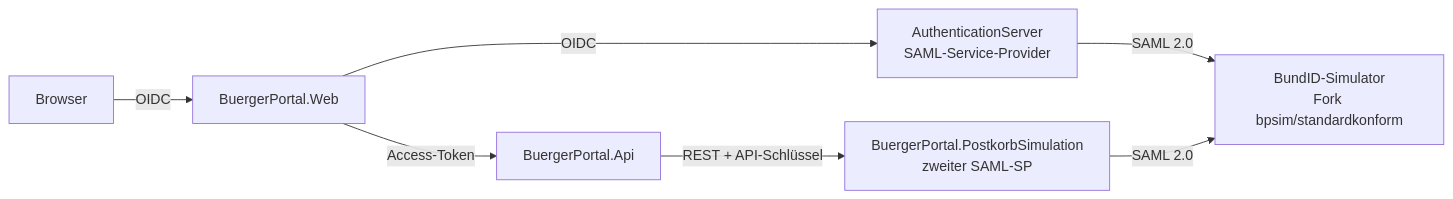
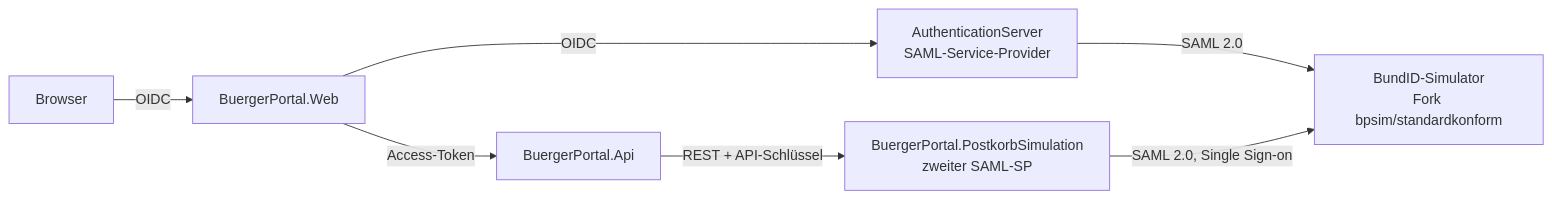
Before and after one commit to DrFisch/BuergerPortal: the diagram in README.md, drawn with Mermaid. The commit also changed other lines of this file, not shown here.

````diff
--- a/README.md
+++ b/README.md
@@ -10,9 +11,9 @@
 ```mermaid
 flowchart LR
     B[Browser] -->|OIDC| W[BuergerPortal.Web]
     W -->|OIDC| A[AuthenticationServer<br/>SAML-Service-Provider]
     A -->|SAML 2.0| S[BundID-Simulator<br/>Fork bpsim/standardkonform]
     W -->|Access-Token| API[BuergerPortal.Api]
     API -->|REST + API-Schlüssel| P[BuergerPortal.PostkorbSimulation<br/>zweiter SAML-SP]
-    P -->|SAML 2.0| S
+    P -->|SAML 2.0, Single Sign-on| S
 ```
````
